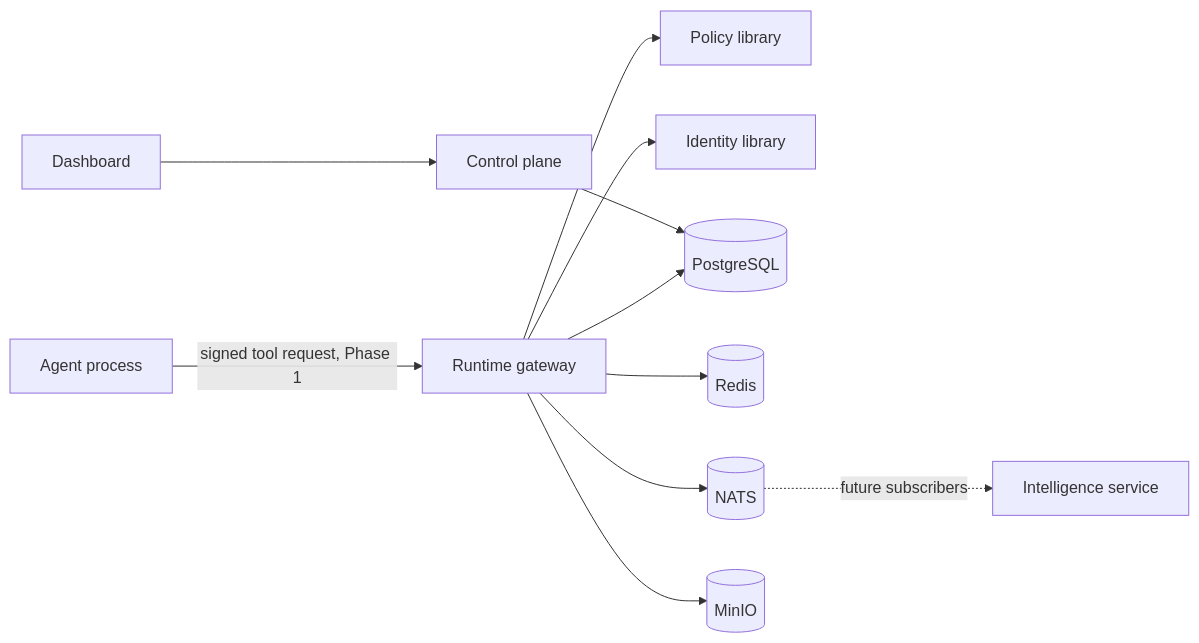
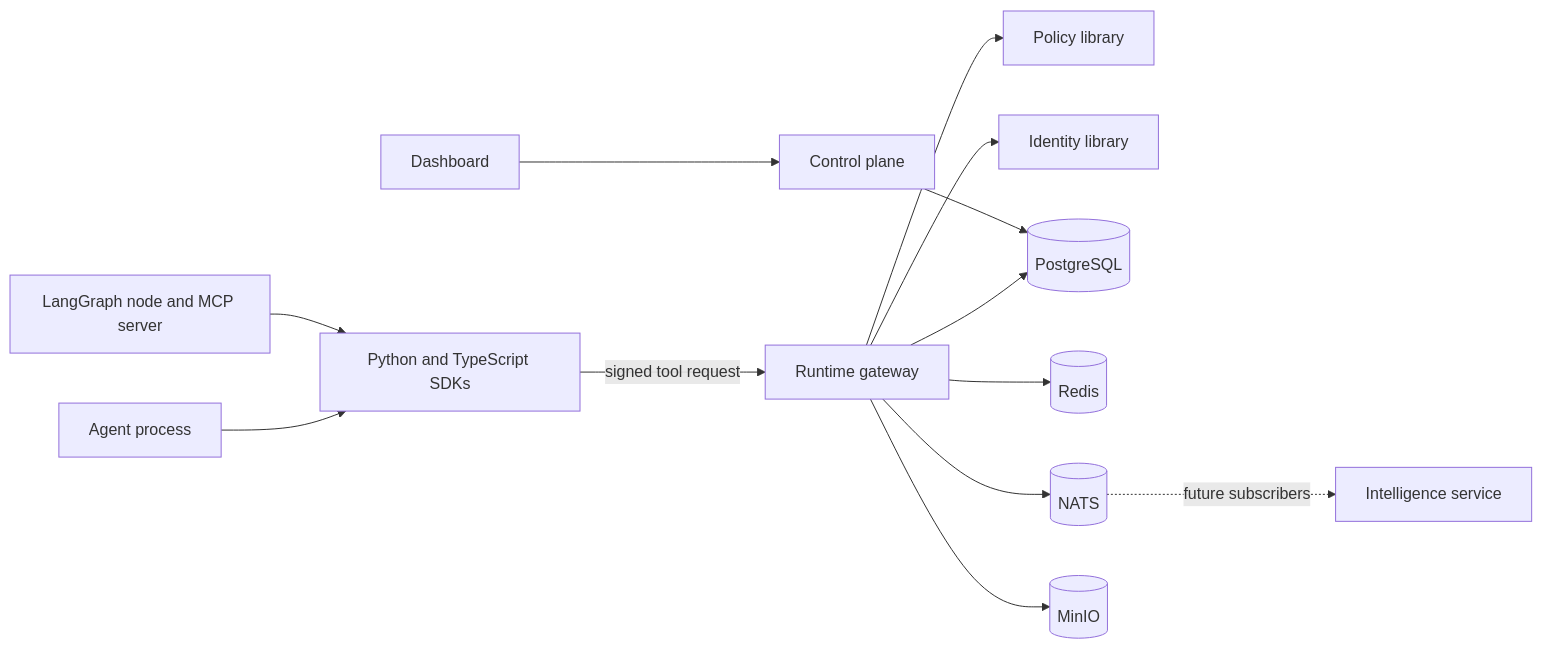
One commit to Johannes7549/AgentShield changed the diagram in docs/ARCHITECTURE.md. Above: the diagram before and after it, drawn with Mermaid. The commit also changed other lines of this file and 43 other files, not shown here.

Commit message:
feat: SDKs and LangGraph and MCP integration (#1)

````diff
--- a/docs/ARCHITECTURE.md
+++ b/docs/ARCHITECTURE.md
@@ -9,25 +9,29 @@
 ```mermaid
 flowchart LR
   agent[Agent process]
+  sdk[Python and TypeScript SDKs]
+  frameworks[LangGraph node and MCP server]
   gateway[Runtime gateway]
   policy[Policy library]
   identity[Identity library]
   control[Control plane]
   dashboard[Dashboard]
   intel[Intelligence service]
   pg[(PostgreSQL)]
   redis[(Redis)]
   nats[(NATS)]
   minio[(MinIO)]
 
-  agent -->|signed tool request, Phase 1| gateway
+  agent --> sdk
+  frameworks --> sdk
+  sdk -->|signed tool request| gateway
   gateway --> policy
   gateway --> identity
   gateway --> pg
   gateway --> redis
   gateway --> nats
   gateway --> minio
   dashboard --> control
   control --> pg
   nats -.->|future subscribers| intel
 ```
````
